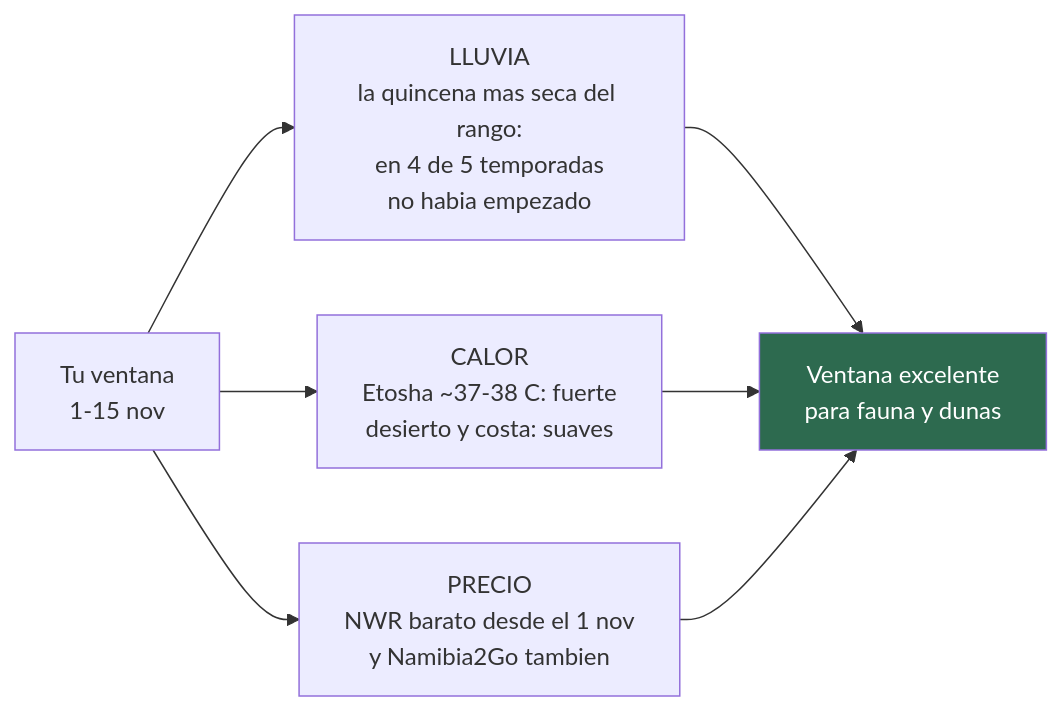
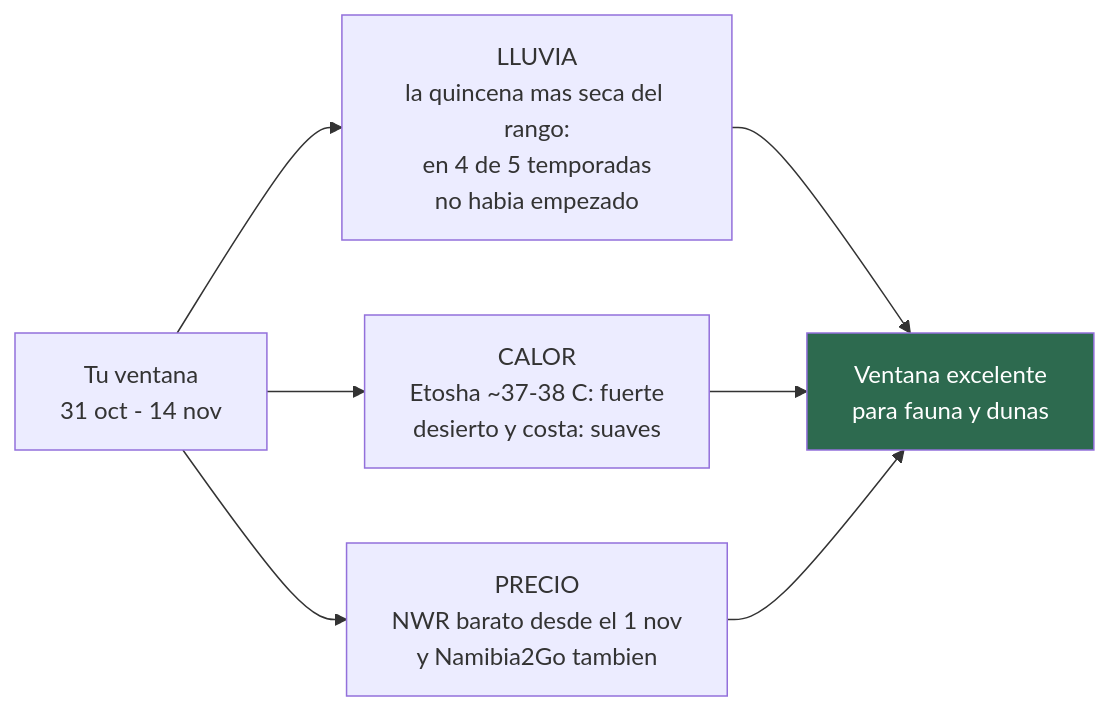
Before and after one commit to morandeirachema/namibia: the second of 6 diagrams in README.md, drawn with Mermaid. The commit also changed other lines of this file and 25 other files, not shown here.

````diff
--- a/README.md
+++ b/README.md
@@ -240,10 +246,10 @@
 ```mermaid
 flowchart LR
-    A["Tu ventana<br/>1-15 nov"] --> B["LLUVIA<br/>la quincena mas seca del rango:<br/>en 4 de 5 temporadas<br/>no habia empezado"]
+    A["Tu ventana<br/>31 oct - 14 nov"] --> B["LLUVIA<br/>la quincena mas seca del rango:<br/>en 4 de 5 temporadas<br/>no habia empezado"]
     A --> C["CALOR<br/>Etosha ~37-38 C: fuerte<br/>desierto y costa: suaves"]
     A --> D["PRECIO<br/>NWR barato desde el 1 nov<br/>y Namibia2Go tambien"]
     B --> E["Ventana excelente<br/>para fauna y dunas"]
     C --> E
     D --> E
     style E fill:#2d6a4f,color:#fff
 ```
````
